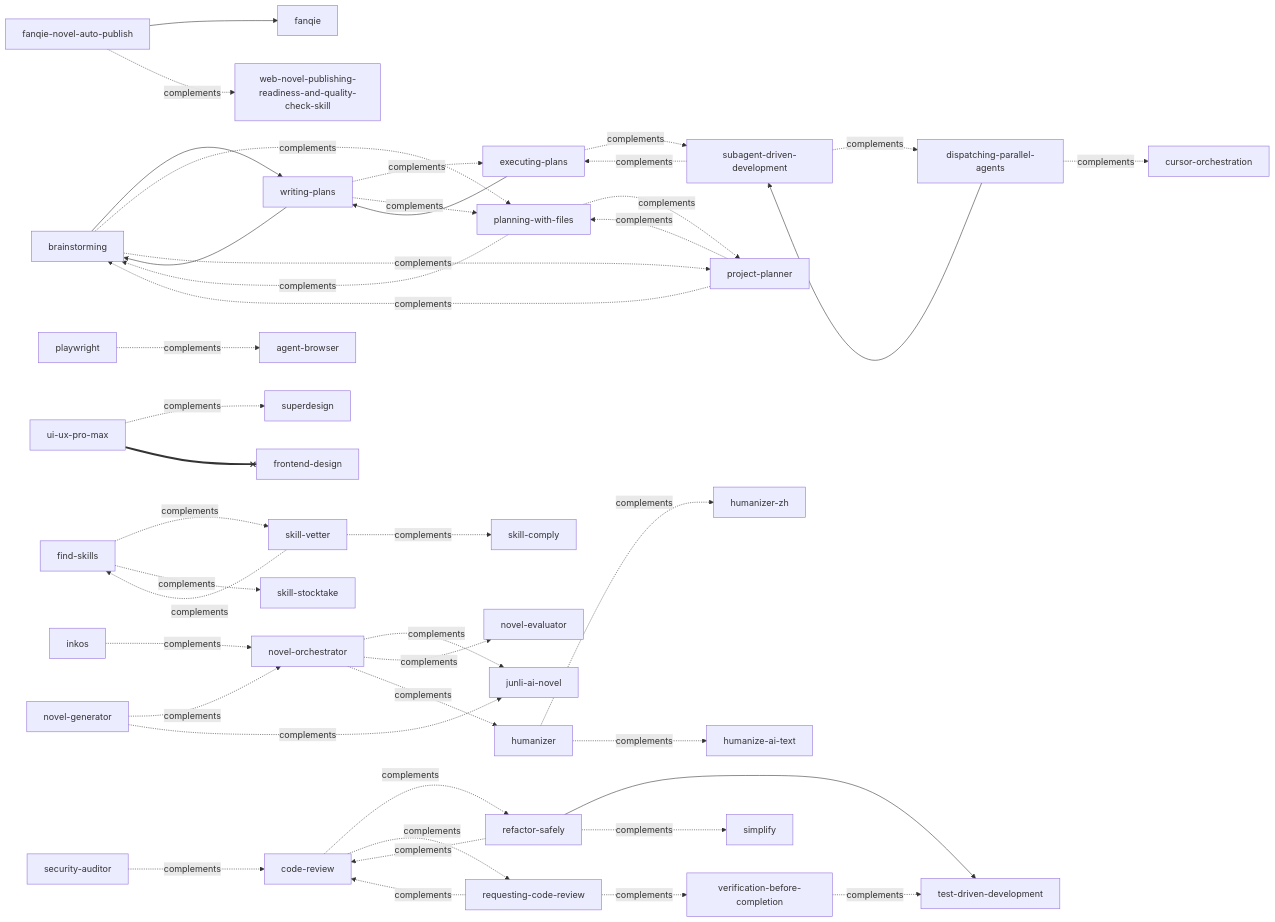
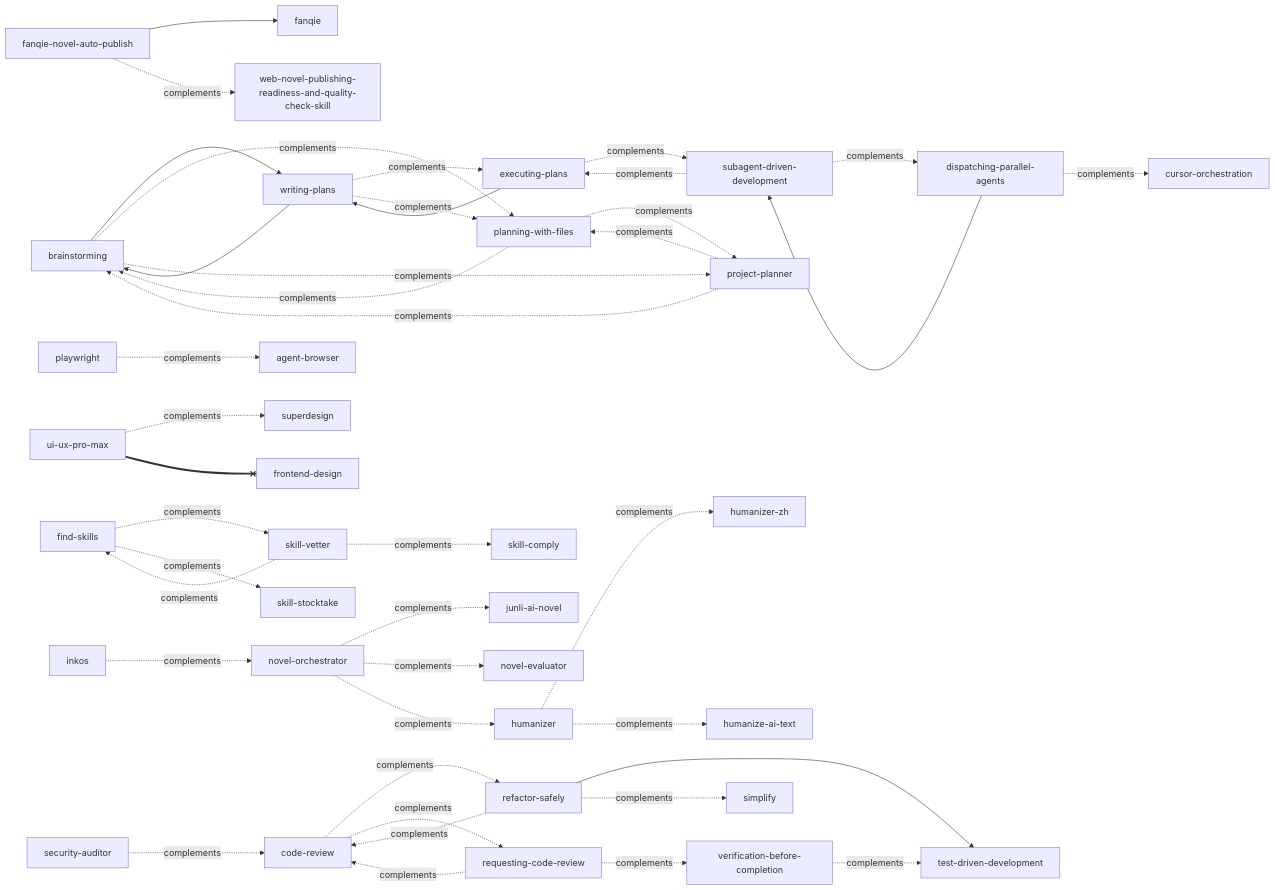
One commit to zhoupei6251/harness-foundry changed the first of 6 diagrams in docs/skill-dependency-graph.md. Above: the diagram before and after it, drawn with Mermaid. The commit also changed other lines of this file and 5 other files, not shown here.

````diff
--- a/docs/skill-dependency-graph.md
+++ b/docs/skill-dependency-graph.md
@@ -17,45 +17,43 @@
 ```mermaid
 flowchart LR
   brainstorming[brainstorming] --> writing-plans[writing-plans]
   brainstorming[brainstorming] -. complements .-> planning-with-files[planning-with-files]
   brainstorming[brainstorming] -. complements .-> project-planner[project-planner]
   code-review[code-review] -. complements .-> refactor-safely[refactor-safely]
   code-review[code-review] -. complements .-> requesting-code-review[requesting-code-review]
   dispatching-parallel-agents[dispatching-parallel-agents] --> subagent-driven-development[subagent-driven-development]
   dispatching-parallel-agents[dispatching-parallel-agents] -. complements .-> cursor-orchestration[cursor-orchestration]
   executing-plans[executing-plans] --> writing-plans[writing-plans]
   executing-plans[executing-plans] -. complements .-> subagent-driven-development[subagent-driven-development]
   fanqie-novel-auto-publish[fanqie-novel-auto-publish] --> fanqie[fanqie]
   fanqie-novel-auto-publish[fanqie-novel-auto-publish] -. complements .-> web-novel-publishing-readiness-and-quality-check-skill[web-novel-publishing-readiness-and-quality-check-skill]
   find-skills[find-skills] -. complements .-> skill-vetter[skill-vetter]
   find-skills[find-skills] -. complements .-> skill-stocktake[skill-stocktake]
   humanizer[humanizer] -. complements .-> humanizer-zh[humanizer-zh]
   humanizer[humanizer] -. complements .-> humanize-ai-text[humanize-ai-text]
   inkos[inkos] -. complements .-> novel-orchestrator[novel-orchestrator]
-  novel-generator[novel-generator] -. complements .-> novel-orchestrator[novel-orchestrator]
-  novel-generator[novel-generator] -. complements .-> junli-ai-novel[junli-ai-novel]
   novel-orchestrator[novel-orchestrator] -. complements .-> junli-ai-novel[junli-ai-novel]
   novel-orchestrator[novel-orchestrator] -. complements .-> novel-evaluator[novel-evaluator]
   novel-orchestrator[novel-orchestrator] -. complements .-> humanizer[humanizer]
   planning-with-files[planning-with-files] -. complements .-> brainstorming[brainstorming]
   planning-with-files[planning-with-files] -. complements .-> project-planner[project-planner]
   playwright[playwright] -. complements .-> agent-browser[agent-browser]
   project-planner[project-planner] -. complements .-> brainstorming[brainstorming]
   project-planner[project-planner] -. complements .-> planning-with-files[planning-with-files]
   refactor-safely[refactor-safely] --> test-driven-development[test-driven-development]
   refactor-safely[refactor-safely] -. complements .-> code-review[code-review]
   refactor-safely[refactor-safely] -. complements .-> simplify[simplify]
   requesting-code-review[requesting-code-review] -. complements .-> code-review[code-review]
   requesting-code-review[requesting-code-review] -. complements .-> verification-before-completion[verification-before-completion]
   security-auditor[security-auditor] -. complements .-> code-review[code-review]
   skill-vetter[skill-vetter] -. complements .-> find-skills[find-skills]
   skill-vetter[skill-vetter] -. complements .-> skill-comply[skill-comply]
   subagent-driven-development[subagent-driven-development] -. complements .-> dispatching-parallel-agents[dispatching-parallel-agents]
   subagent-driven-development[subagent-driven-development] -. complements .-> executing-plans[executing-plans]
   ui-ux-pro-max[ui-ux-pro-max] -. complements .-> superdesign[superdesign]
   ui-ux-pro-max[ui-ux-pro-max] ==x frontend-design[frontend-design]
   verification-before-completion[verification-before-completion] -. complements .-> test-driven-development[test-driven-development]
   writing-plans[writing-plans] --> brainstorming[brainstorming]
   writing-plans[writing-plans] -. complements .-> executing-plans[executing-plans]
   writing-plans[writing-plans] -. complements .-> planning-with-files[planning-with-files]
 ```
````
